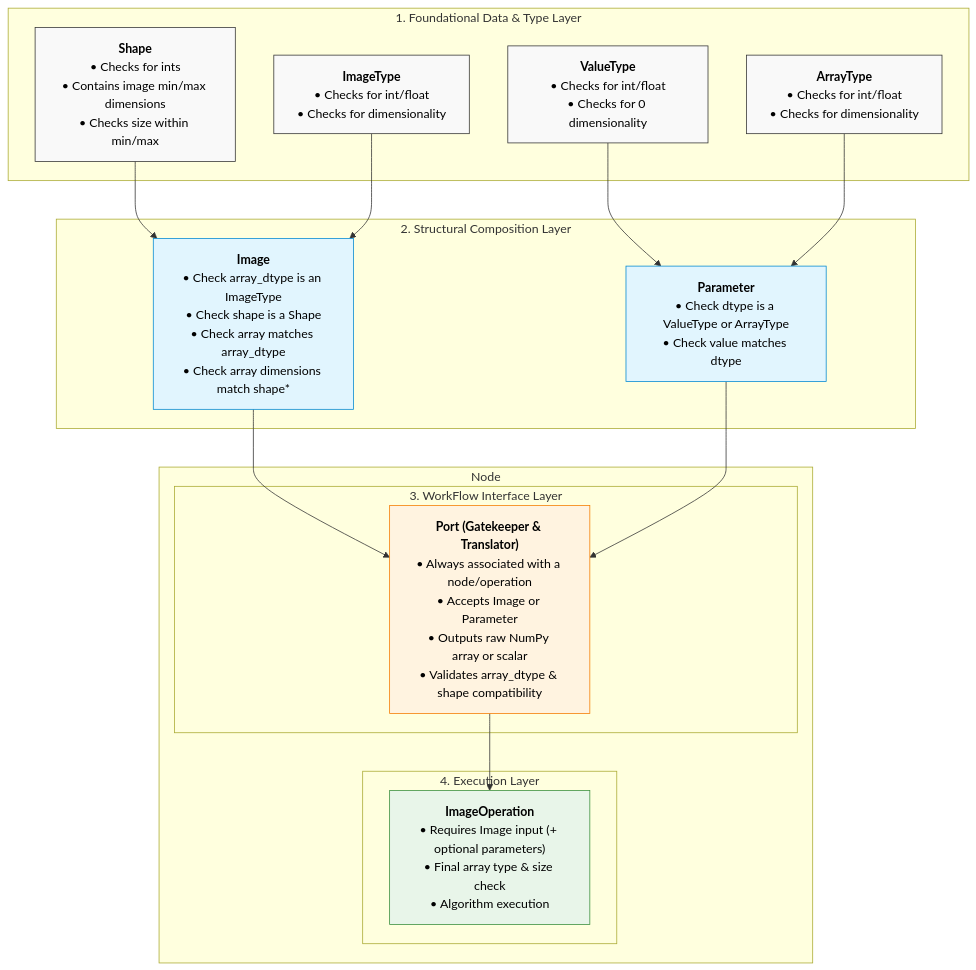
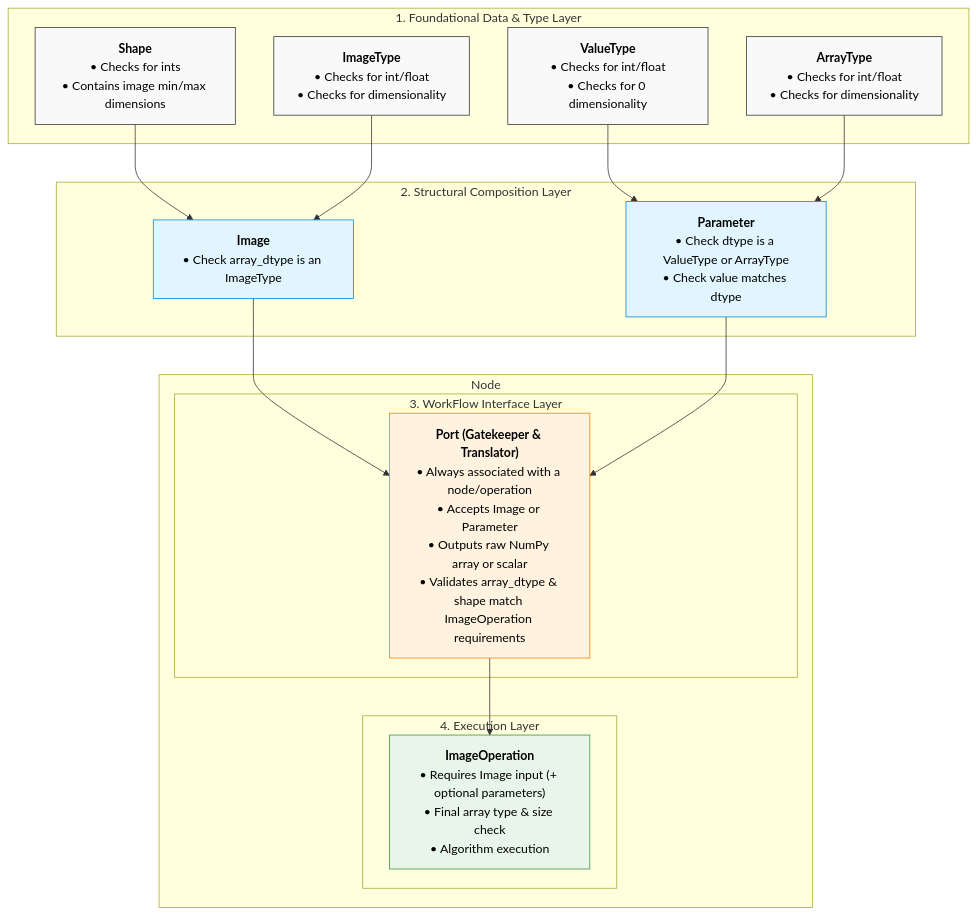
One commit to jason-morgan84/easy-image-analysis changed the diagram in docs/Specification.md. Above: the diagram before and after it, drawn with Mermaid. The commit also changed other lines of this file, not shown here.

Commit message:
docs: Re-wrote description of Image classes and Image unit testing

````diff
--- a/docs/Specification.md
+++ b/docs/Specification.md
@@ -103,40 +104,40 @@
 ```mermaid
 graph TD
     classDef found fill:#f9f9f9,stroke:#333,stroke-width:1px,color:#000000;
     classDef comp fill:#e1f5fe,stroke:#0288d1,stroke-width:1px,color:#000000;
     classDef iface fill:#fff3e0,stroke:#f57c00,stroke-width:1px,color:#000000;
     classDef exec fill:#e8f5e9,stroke:#388e3c,stroke-width:1px,color:#000000;
     classDef exec fill:#e8f5e9,stroke:#388e3c,stroke-width:1px,color:#000000;
 
     subgraph Foundational_Layer ["1. Foundational Data & Type Layer"]
-        Shape["<b>Shape</b><br>• Checks for ints<br>• Contains image min/max dimensions<br>• Checks size within min/max"]:::found
+        Shape["<b>Shape</b><br>• Checks for ints<br>• Contains image min/max dimensions"]:::found
         ImageType["<b>ImageType</b><br>• Checks for int/float<br>• Checks for dimensionality"]:::found
         ValueType["<b>ValueType</b><br>• Checks for int/float<br>• Checks for 0 dimensionality"]:::found
         ArrayType["<b>ArrayType</b><br>• Checks for int/float<br>• Checks for dimensionality"]:::found
     end
 
     subgraph Composition_Layer ["2. Structural Composition Layer"]
-        Image["<b>Image</b><br>• Check array_dtype is an ImageType<br>• Check shape is a Shape<br>• Check array matches array_dtype<br>• Check array dimensions match shape*"]:::comp
+        Image["<b>Image</b><br>• Check array_dtype is an ImageType<br>"]:::comp
         Parameter["<b>Parameter</b><br>• Check dtype is a ValueType or ArrayType<br>• Check value matches dtype"]:::comp
     end
     subgraph Composition_layer ["Node"]
         subgraph Interface_Layer ["3. WorkFlow Interface Layer"]
-            Port["<b>Port (Gatekeeper & Translator)</b><br>• Always associated with a node/operation<br>• Accepts Image or Parameter<br>• Outputs raw NumPy array or scalar<br>• Validates array_dtype & shape compatibility"]:::iface
+            Port["<b>Port (Gatekeeper & Translator)</b><br>• Always associated with a node/operation<br>• Accepts Image or Parameter<br>• Outputs raw NumPy array or scalar<br>• Validates array_dtype & shape match ImageOperation requirements"]:::iface
         end
 
         subgraph Execution_Layer ["4. Execution Layer"]
             ImageOperation["<b>ImageOperation</b><br>• Requires Image input (+ optional parameters)<br>• Final array type & size check<br>• Algorithm execution"]:::exec
         end
     end
 
 
     Shape --> Image
     ImageType --> Image
     ValueType --> Parameter
     ArrayType --> Parameter
 
     Image --> Port
     Parameter --> Port
 
     Port --> ImageOperation
 ```
````
